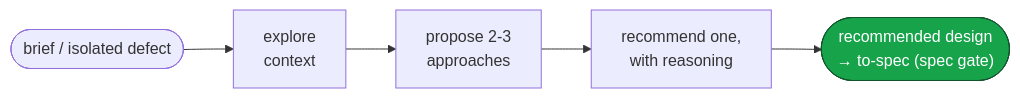
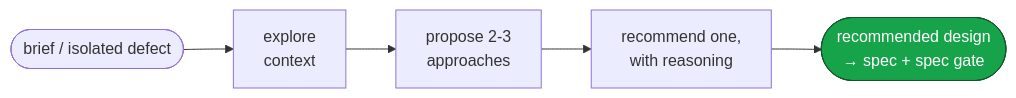
Before and after one commit to dashworthy/engineering: the fifth of 6 diagrams in README.md, drawn with Mermaid. The commit also changed other lines of this file and 78 other files, not shown here.

````diff
--- a/README.md
+++ b/README.md
@@ -128,9 +128,9 @@
 ```mermaid
 flowchart LR
     classDef done fill:#16a34a,stroke:#14532d,color:#fff
 
     IN(["brief / isolated defect"]) --> A["explore<br/>context"]
     A --> B["propose 2-3<br/>approaches"]
     B --> C["recommend one,<br/>with reasoning"]
-    C --> OUT(["recommended design<br/>→ to-spec (spec gate)"]):::done
+    C --> OUT(["recommended design<br/>→ spec + spec gate"]):::done
 ```
````
